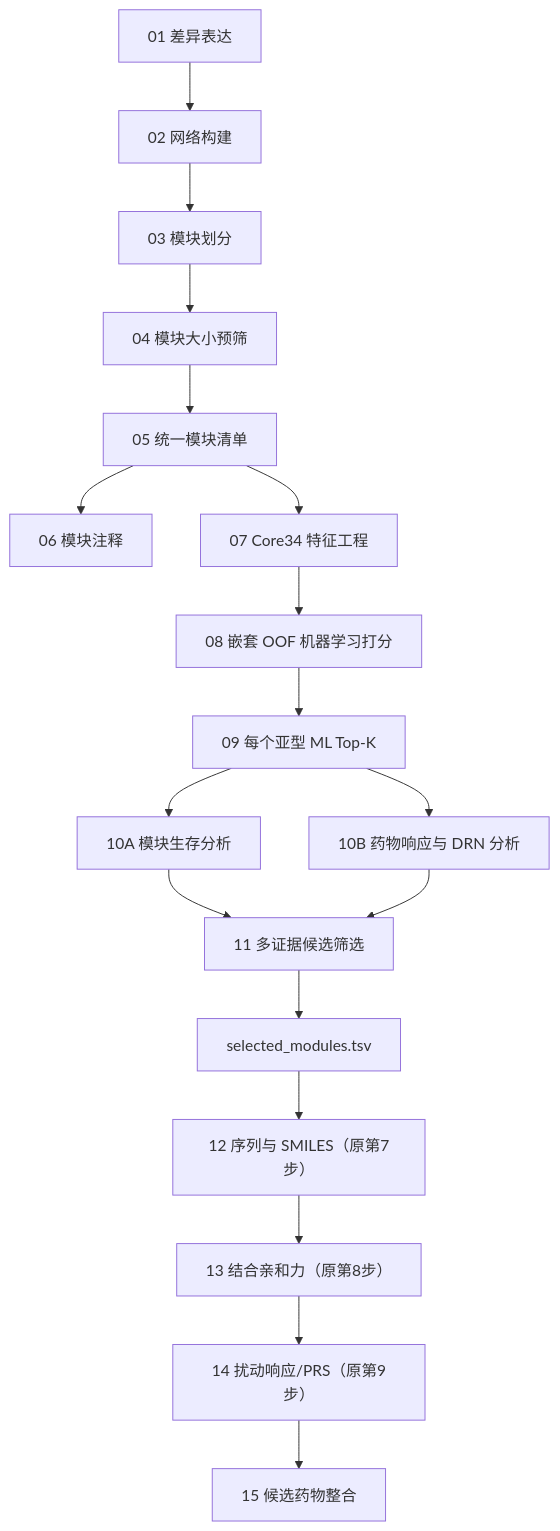
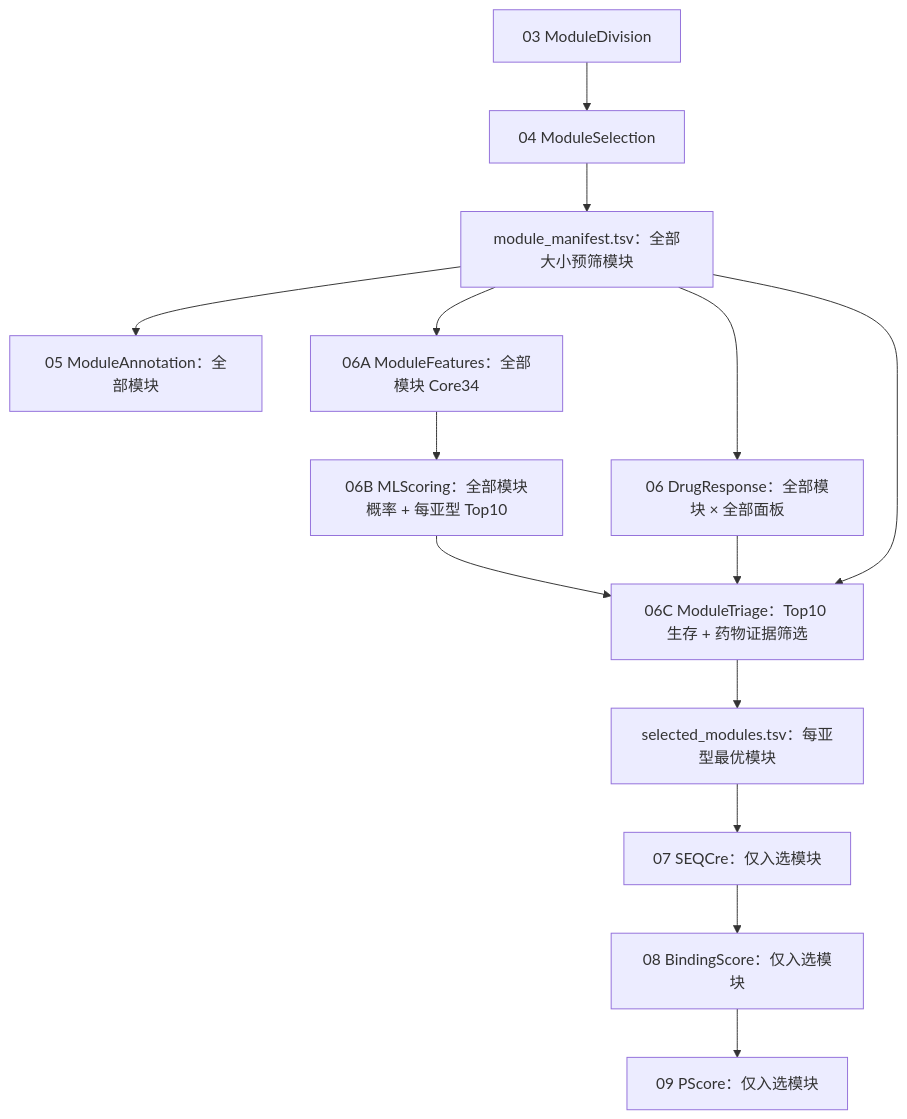
Before and after one commit to LilyYNY/ML-SnpDR: the diagram in README.md, drawn with Mermaid. The commit also changed other lines of this file and 58 other files, not shown here.

````diff
--- a/README.md
+++ b/README.md
@@ -13,20 +11,16 @@
 ```mermaid
 flowchart TD
-    A["01 差异表达"] --> B["02 网络构建"]
-    B --> C["03 模块划分"]
-    C --> D["04 模块大小预筛"]
-    D --> E["05 统一模块清单"]
-    E --> F["06 模块注释"]
-    E --> G["07 Core34 特征工程"]
-    G --> H["08 嵌套 OOF 机器学习打分"]
-    H --> I["09 每个亚型 ML Top-K"]
-    I --> J["10A 模块生存分析"]
-    I --> K["10B 药物响应与 DRN 分析"]
-    J --> L["11 多证据候选筛选"]
-    K --> L
-    L --> M["selected_modules.tsv"]
-    M --> N["12 序列与 SMILES（原第7步）"]
-    N --> O["13 结合亲和力（原第8步）"]
-    O --> P["14 扰动响应/PRS（原第9步）"]
-    P --> Q["15 候选药物整合"]
+    S3["03 ModuleDivision"] --> S4["04 ModuleSelection"]
+    S4 --> M["module_manifest.tsv：全部大小预筛模块"]
+    M --> S5["05 ModuleAnnotation：全部模块"]
+    M --> S6["06 DrugResponse：全部模块 × 全部面板"]
+    M --> S6A["06A ModuleFeatures：全部模块 Core34"]
+    S6A --> S6B["06B MLScoring：全部模块概率 + 每亚型 Top10"]
+    S6B --> S6C["06C ModuleTriage：Top10 生存 + 药物证据筛选"]
+    S6 --> S6C
+    M --> S6C
+    S6C --> SEL["selected_modules.tsv：每亚型最优模块"]
+    SEL --> S7["07 SEQCre：仅入选模块"]
+    S7 --> S8["08 BindingScore：仅入选模块"]
+    S8 --> S9["09 PScore：仅入选模块"]
 ```
````
